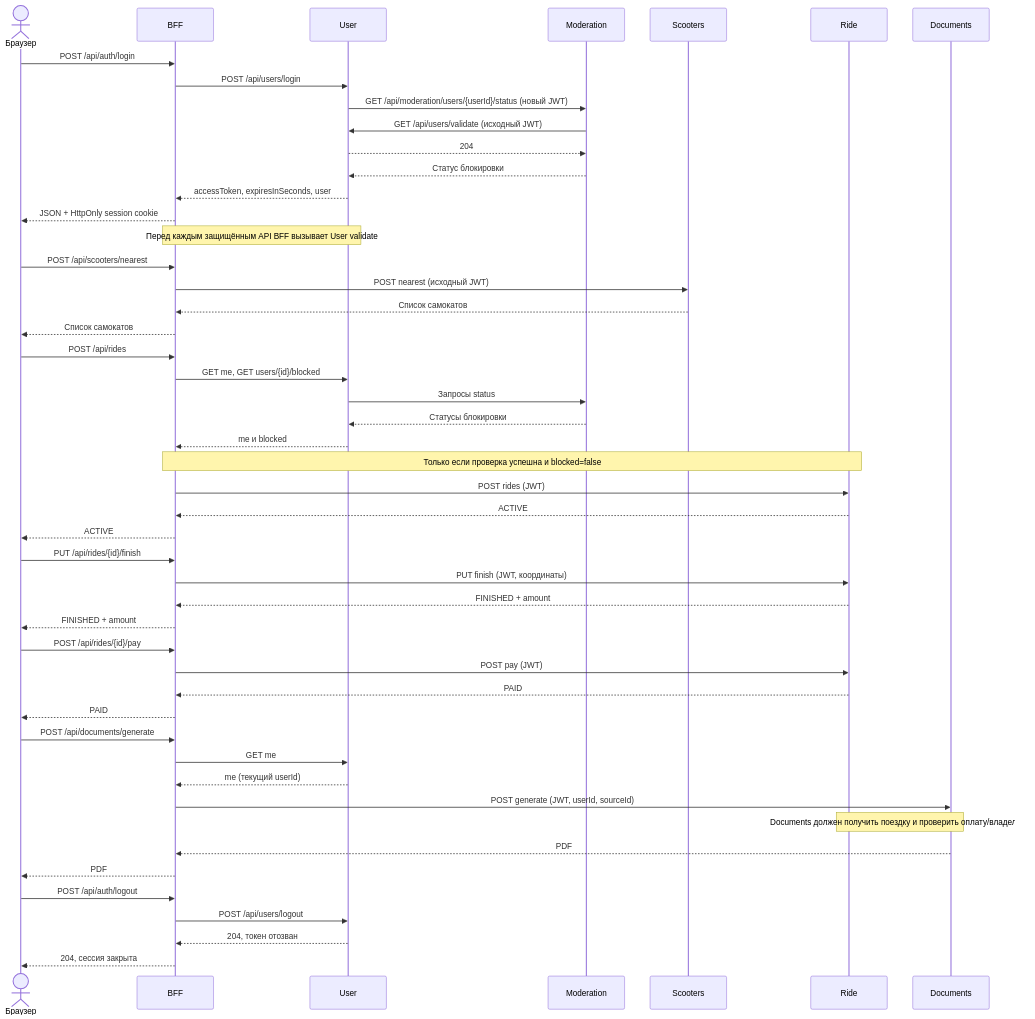
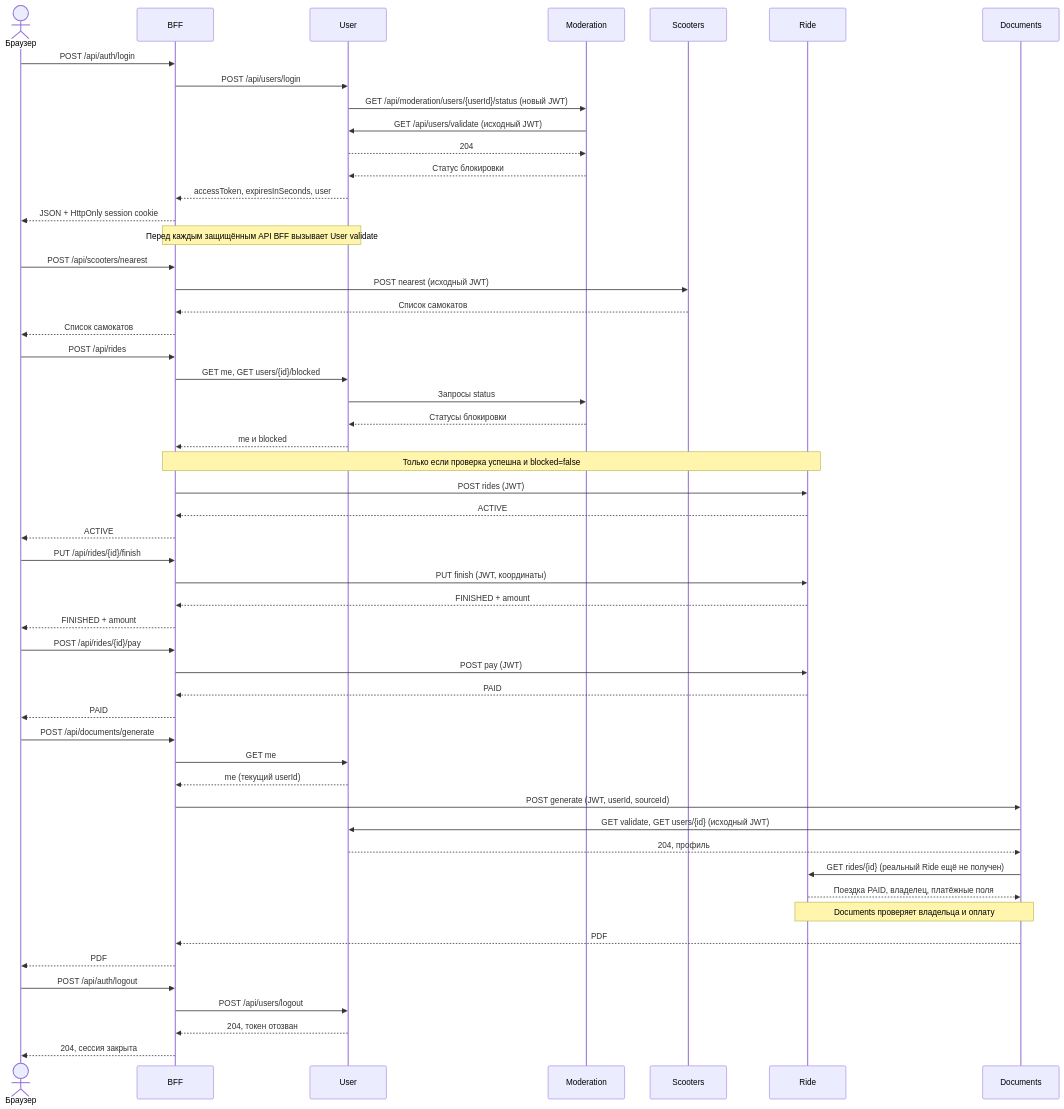
The diagram in docs/API_CONTRACTS.md (SdKS454/bff), drawn with Mermaid before and after one commit. The commit also changed other lines of this file and 51 other files, not shown here.

Commit message:
Integrate Documents PDFs with BFF, User and Moderation

````diff
--- a/docs/API_CONTRACTS.md
+++ b/docs/API_CONTRACTS.md
@@ -611,51 +667,55 @@
 ```mermaid
 sequenceDiagram
     actor Client as Браузер
     participant BFF
     participant User
     participant Mod as Moderation
     participant Scooters
     participant Ride
     participant Docs as Documents
     Client->>BFF: POST /api/auth/login
     BFF->>User: POST /api/users/login
     User->>Mod: GET /api/moderation/users/{userId}/status (новый JWT)
     Mod->>User: GET /api/users/validate (исходный JWT)
     User-->>Mod: 204
     Mod-->>User: Статус блокировки
     User-->>BFF: accessToken, expiresInSeconds, user
     BFF-->>Client: JSON + HttpOnly session cookie
     Note over BFF,User: Перед каждым защищённым API BFF вызывает User validate
     Client->>BFF: POST /api/scooters/nearest
     BFF->>Scooters: POST nearest (исходный JWT)
     Scooters-->>BFF: Список самокатов
     BFF-->>Client: Список самокатов
     Client->>BFF: POST /api/rides
     BFF->>User: GET me, GET users/{id}/blocked
     User->>Mod: Запросы status
     Mod-->>User: Статусы блокировки
     User-->>BFF: me и blocked
     Note over BFF,Ride: Только если проверка успешна и blocked=false
     BFF->>Ride: POST rides (JWT)
     Ride-->>BFF: ACTIVE
     BFF-->>Client: ACTIVE
     Client->>BFF: PUT /api/rides/{id}/finish
     BFF->>Ride: PUT finish (JWT, координаты)
     Ride-->>BFF: FINISHED + amount
     BFF-->>Client: FINISHED + amount
     Client->>BFF: POST /api/rides/{id}/pay
     BFF->>Ride: POST pay (JWT)
     Ride-->>BFF: PAID
     BFF-->>Client: PAID
     Client->>BFF: POST /api/documents/generate
     BFF->>User: GET me
     User-->>BFF: me (текущий userId)
     BFF->>Docs: POST generate (JWT, userId, sourceId)
-    Note over Docs,Ride: Documents должен получить поездку и проверить оплату/владельца
+    Docs->>User: GET validate, GET users/{id} (исходный JWT)
+    User-->>Docs: 204, профиль
+    Docs->>Ride: GET rides/{id} (реальный Ride ещё не получен)
+    Ride-->>Docs: Поездка PAID, владелец, платёжные поля
+    Note over Docs,Ride: Documents проверяет владельца и оплату
     Docs-->>BFF: PDF
     BFF-->>Client: PDF
     Client->>BFF: POST /api/auth/logout
     BFF->>User: POST /api/users/logout
     User-->>BFF: 204, токен отозван
     BFF-->>Client: 204, сессия закрыта
 ```
````
